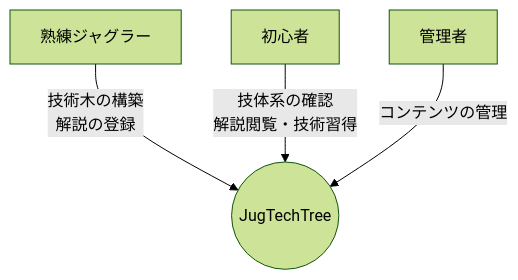
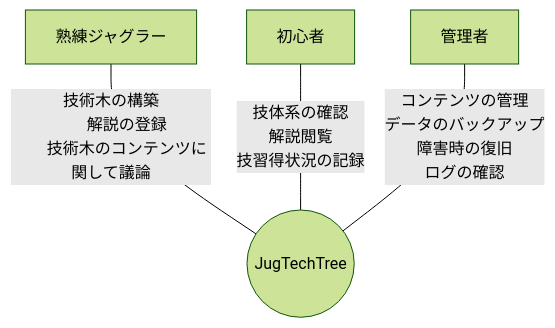
The diagram in docs/overall_view.md (pghk57/JugTechTree), drawn with Mermaid (forest theme) before and after one commit.

Commit message:
update: 技術木の構築に関する詳細を追加・各役割の説明を詳細に

````diff
--- a/docs/overall_view.md
+++ b/docs/overall_view.md
@@ -3,6 +3,13 @@
 ```mermaid
 graph TD;
-    M[熟練ジャグラー] -- 技術木の構築<br>解説の登録 --> J((JugTechTree));
-    B[初心者] -- 技体系の確認<br>解説閲覧・技術習得 --> J((JugTechTree));
-    A[管理者] -- コンテンツの管理 --> J((JugTechTree));
+    M[熟練ジャグラー] -- 技術木の構築
+        解説の登録
+        技術木のコンテンツに関して議論 --- J((JugTechTree));
+    B[初心者] -- 技体系の確認
+        解説閲覧 
+        技習得状況の記録 --- J((JugTechTree));
+    A[管理者] -- コンテンツの管理
+        データのバックアップ
+        障害時の復旧
+        ログの確認 --- J((JugTechTree));
 ```
````
